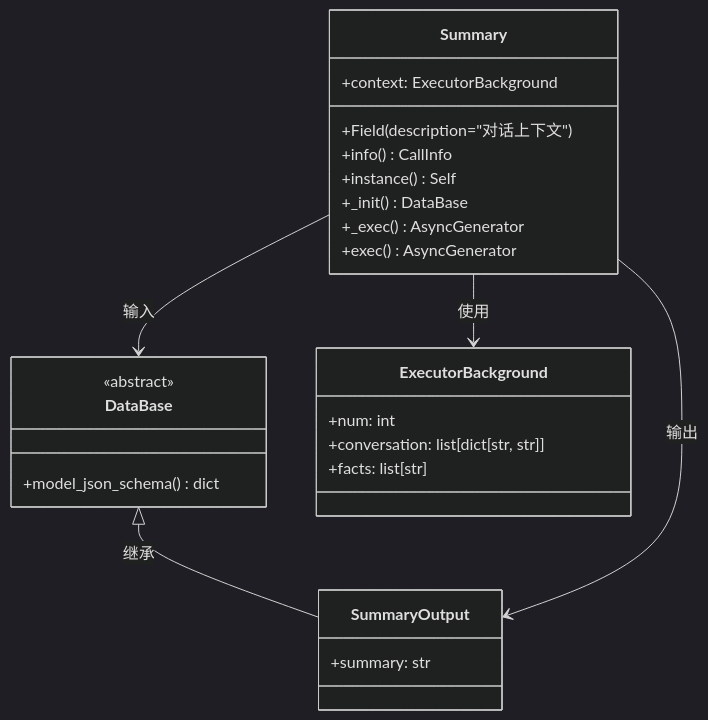
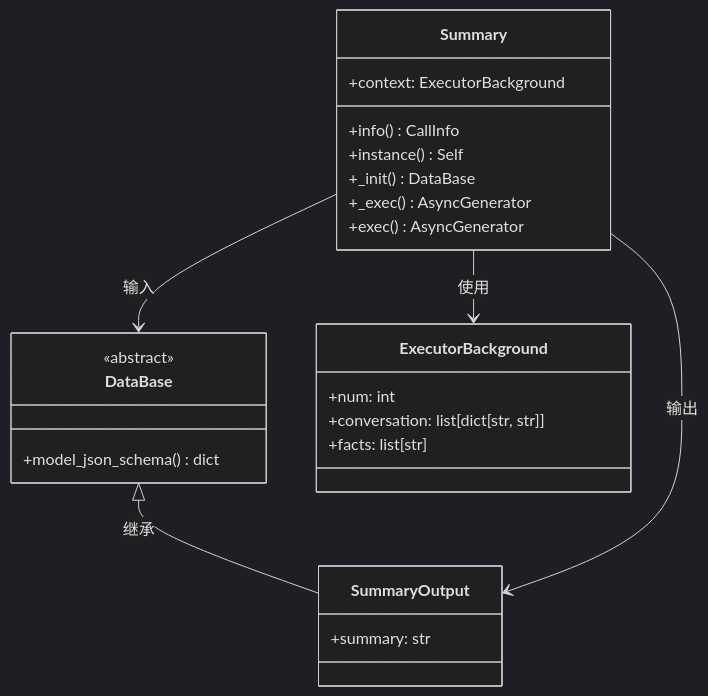
One commit to HongyuS/euler-copilot-framework changed the first of 5 diagrams in design/call/summary.md. Above: the diagram before and after it, drawn with Mermaid (dark theme). The commit also changed 60 other files, not shown here.

````diff
--- a/design/call/summary.md
+++ b/design/call/summary.md
@@ -30,32 +30,31 @@
 ```mermaid
 classDiagram
     class DataBase {
         <<abstract>>
         +model_json_schema() dict
     }
     
     class SummaryOutput {
         +summary: str
     }
     
     class ExecutorBackground {
         +num: int
         +conversation: list[dict[str, str]]
         +facts: list[str]
     }
     
     class Summary {
         +context: ExecutorBackground
-        +Field(description="对话上下文")
         +info() CallInfo
         +instance() Self
         +_init() DataBase
         +_exec() AsyncGenerator
         +exec() AsyncGenerator
     }
     
     DataBase <|-- SummaryOutput : 继承
     Summary --> ExecutorBackground : 使用
     Summary --> SummaryOutput : 输出
     Summary --> DataBase : 输入
 ```
````
